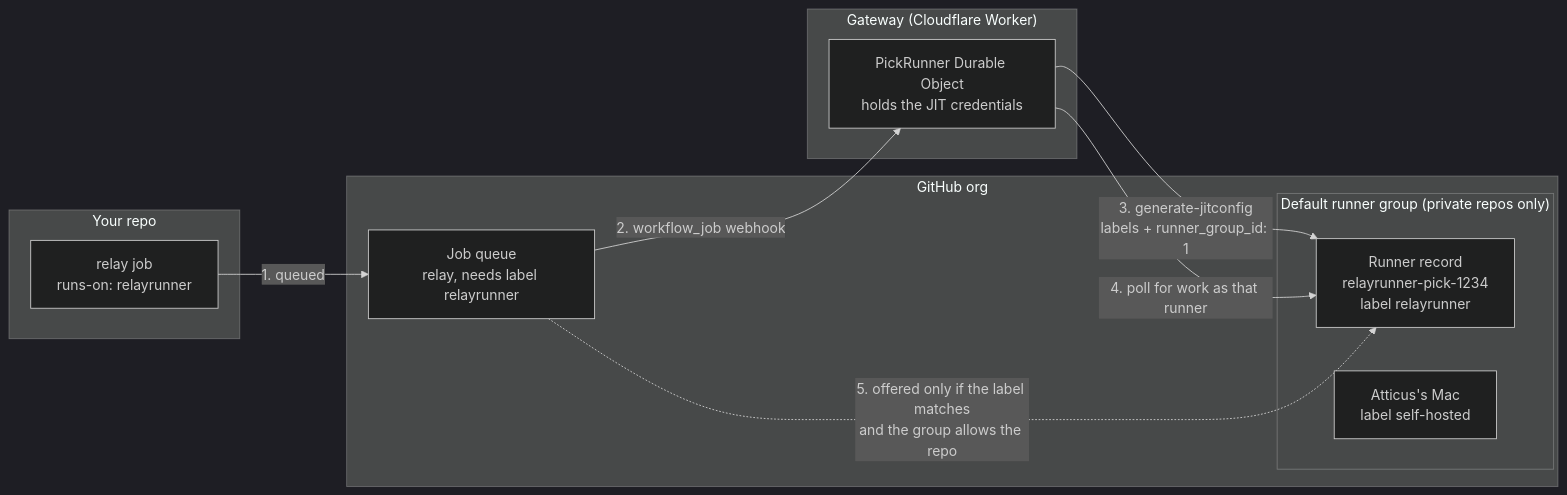
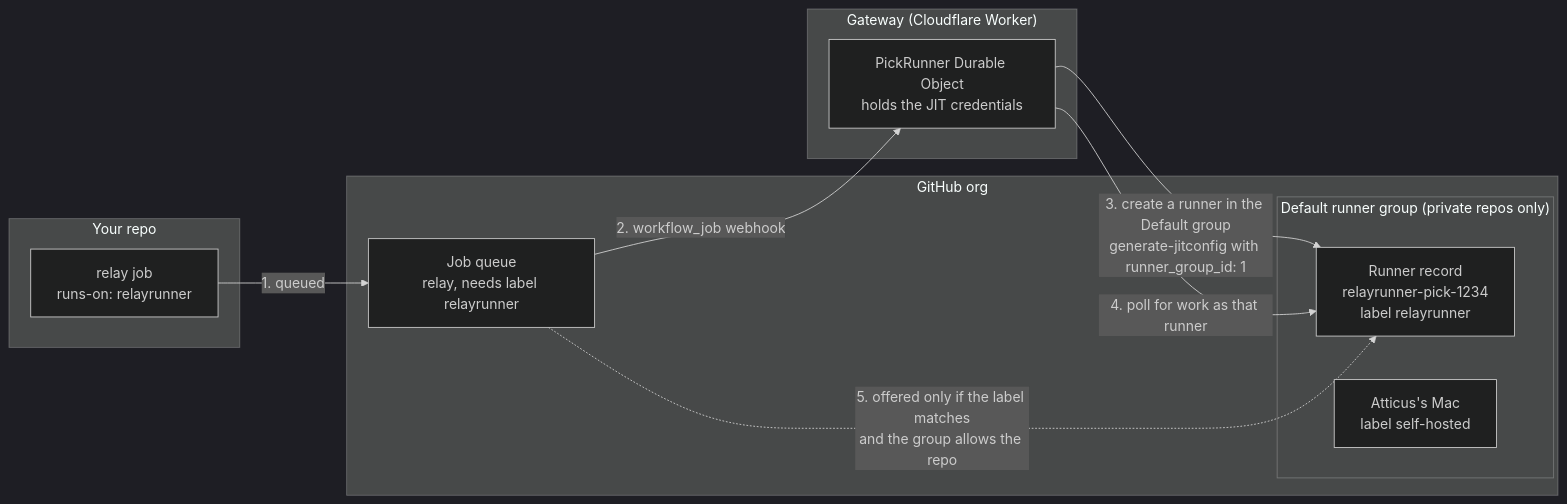
The first of 3 diagrams in docs/architecture/pick-runner.md (atticoos/RelayRunner), drawn with Mermaid (dark theme) before and after one commit. The commit also changed other lines of this file, not shown here.

First line of the commit message:
docs: say the pick runner is created in the Default runner group

````diff
--- a/docs/architecture/pick-runner.md
+++ b/docs/architecture/pick-runner.md
@@ -20,21 +20,21 @@
 ```mermaid
 flowchart LR
   subgraph repo["Your repo"]
     R["relay job<br/>runs-on: relayrunner"]
   end
   subgraph gh["GitHub org"]
     Q["Job queue<br/>relay, needs label relayrunner"]
     subgraph def["Default runner group (private repos only)"]
       Rec["Runner record<br/>relayrunner-pick-1234<br/>label relayrunner"]
       Mac["Atticus's Mac<br/>label self-hosted"]
     end
   end
   subgraph gw["Gateway (Cloudflare Worker)"]
     P["PickRunner Durable Object<br/>holds the JIT credentials"]
   end
   R -- "1. queued" --> Q
   Q -- "2. workflow_job webhook" --> P
-  P -- "3. generate-jitconfig<br/>labels + runner_group_id: 1" --> Rec
+  P -- "3. create a runner in the Default group<br/>generate-jitconfig with runner_group_id: 1" --> Rec
   P -- "4. poll for work as that runner" --> Rec
   Q -. "5. offered only if the label matches<br/>and the group allows the repo" .-> Rec
 ```
````
